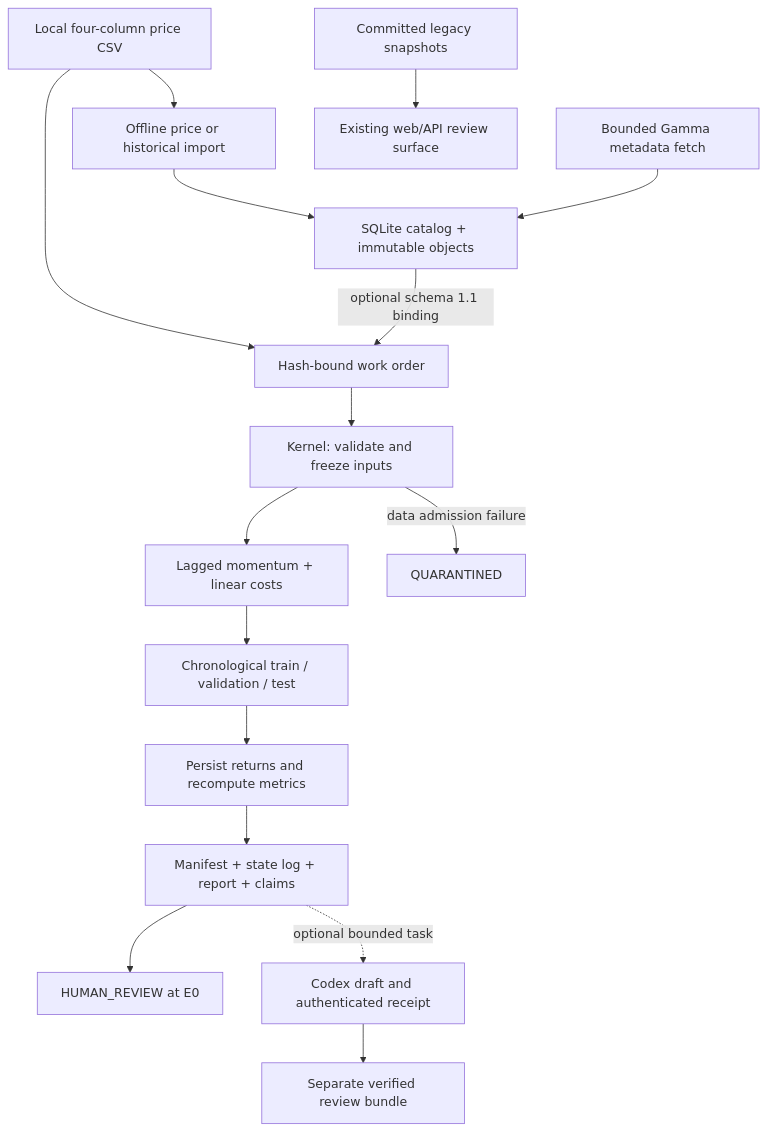
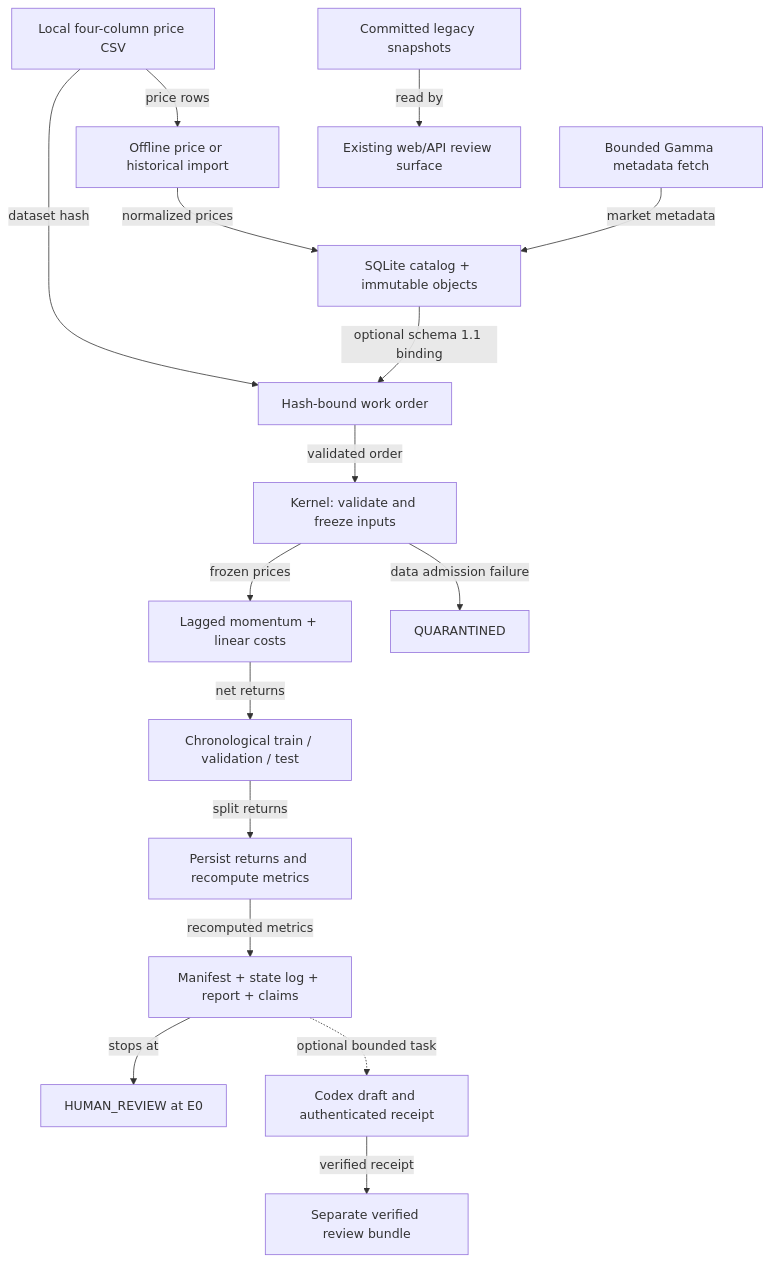
Before and after one commit to oscar-chw/agentic-quant-research: the diagram in packages/research/docs/portfolio-architecture.md, drawn with Mermaid. The commit also changed 9 other files, not shown here.

Commit message:
docs: make diagrams legible at README width

````diff
--- a/packages/research/docs/portfolio-architecture.md
+++ b/packages/research/docs/portfolio-architecture.md
@@ -11,18 +11,18 @@
 ```mermaid
 flowchart TD
-    CSV[Local four-column price CSV] --> WO[Hash-bound work order]
-    CSV --> IMP[Offline price or historical import]
-    IMP --> CAT[SQLite catalog + immutable objects]
+    CSV[Local four-column price CSV] -->|dataset hash| WO[Hash-bound work order]
+    CSV -->|price rows| IMP[Offline price or historical import]
+    IMP -->|normalized prices| CAT[SQLite catalog + immutable objects]
     CAT -->|optional schema 1.1 binding| WO
-    WO --> K[Kernel: validate and freeze inputs]
-    K --> B[Lagged momentum + linear costs]
-    B --> S[Chronological train / validation / test]
-    S --> R[Persist returns and recompute metrics]
-    R --> A[Manifest + state log + report + claims]
-    A --> H[HUMAN_REVIEW at E0]
+    WO -->|validated order| K[Kernel: validate and freeze inputs]
+    K -->|frozen prices| B[Lagged momentum + linear costs]
+    B -->|net returns| S[Chronological train / validation / test]
+    S -->|split returns| R[Persist returns and recompute metrics]
+    R -->|recomputed metrics| A[Manifest + state log + report + claims]
+    A -->|stops at| H[HUMAN_REVIEW at E0]
     K -->|data admission failure| Q[QUARANTINED]
     A -. optional bounded task .-> D[Codex draft and authenticated receipt]
-    D --> RV[Separate verified review bundle]
-    PM[Bounded Gamma metadata fetch] --> CAT
-    OLD[Committed legacy snapshots] --> WEB[Existing web/API review surface]
+    D -->|verified receipt| RV[Separate verified review bundle]
+    PM[Bounded Gamma metadata fetch] -->|market metadata| CAT
+    OLD[Committed legacy snapshots] -->|read by| WEB[Existing web/API review surface]
 ```
````
